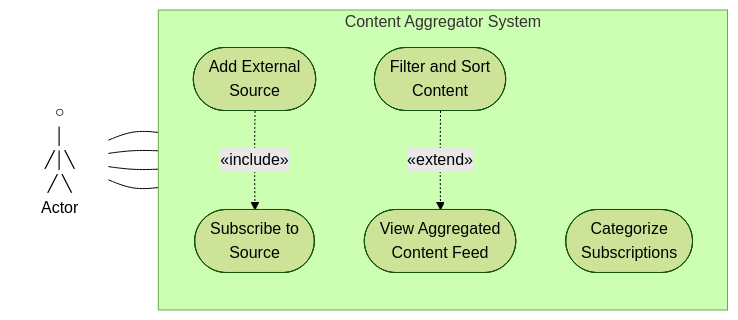
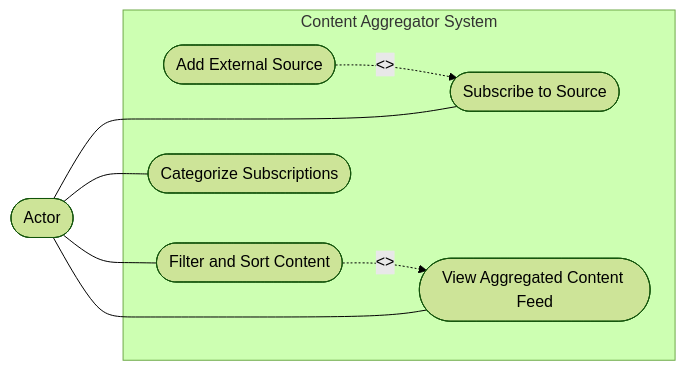
The diagram in Docs/UseCaseDiagram.md (MeloonFrong/MFU69-SE-ByteSquad), drawn with Mermaid (forest theme) before and after one commit. The commit also changed other lines of this file, not shown here.

First line of the commit message:
Enhance Use Case Diagram documentation

````diff
--- a/Docs/UseCaseDiagram.md
+++ b/Docs/UseCaseDiagram.md
@@ -5,23 +32,20 @@
 ```mermaid
 flowchart LR
-    Actor["○<br/>│<br/>╱│╲<br/>╱ ╲<br/>Actor"]
+    Actor([Actor])
 
     subgraph System["Content Aggregator System"]
-        direction TB
-        Add(["Add External<br/>Source"])
-        Subscribe(["Subscribe to<br/>Source"])
-        View(["View Aggregated<br/>Content Feed"])
-        Filter(["Filter and Sort<br/>Content"])
-        Categorize(["Categorize<br/>Subscriptions"])
+        Add([Add External Source])
+        Subscribe([Subscribe to Source])
+        View([View Aggregated Content Feed])
+        Filter([Filter and Sort Content])
+        Categorize([Categorize Subscriptions])
 
-        Add -.->|«include»| Subscribe
-        Filter -.->|«extend»| View
+        Add -. "<<include>>" .-> Subscribe
+        Filter -. "<<extend>>" .-> View
     end
 
     Actor --- Subscribe
     Actor --- View
     Actor --- Filter
     Actor --- Categorize
-
-    style Actor fill:transparent,stroke:transparent,color:#000
 ```
````
